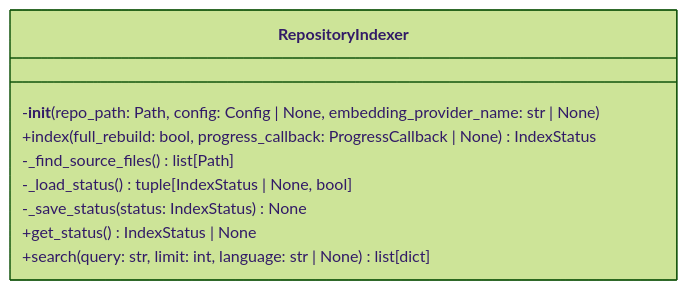
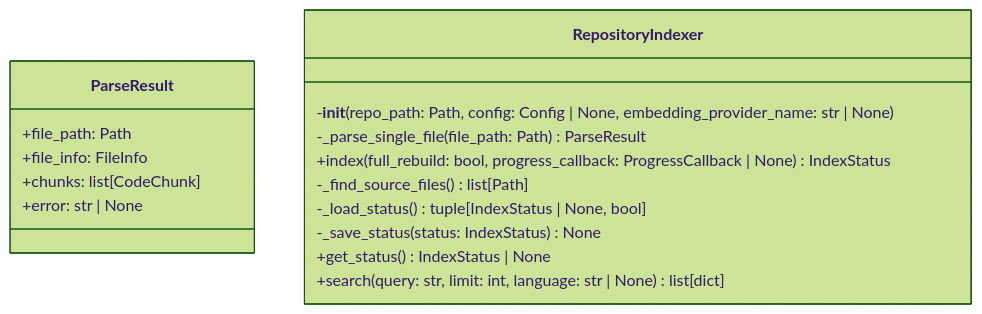
Before and after one commit to UrbanDiver/local-deepwiki-mcp: the first of 2 diagrams in .deepwiki/files/src/local_deepwiki/core/indexer.md, drawn with Mermaid (forest theme). The commit also changed other lines of this file and 41 other files, not shown here.

````diff
--- a/.deepwiki/files/src/local_deepwiki/core/indexer.md
+++ b/.deepwiki/files/src/local_deepwiki/core/indexer.md
@@ -403,12 +537,19 @@
 ```mermaid
 classDiagram
+    class ParseResult {
+        +file_path: Path
+        +file_info: FileInfo
+        +chunks: list[CodeChunk]
+        +error: str | None
+    }
     class RepositoryIndexer {
         -__init__(repo_path: Path, config: Config | None, embedding_provider_name: str | None)
+        -_parse_single_file(file_path: Path) ParseResult
         +index(full_rebuild: bool, progress_callback: ProgressCallback | None) IndexStatus
         -_find_source_files() list[Path]
         -_load_status() tuple[IndexStatus | None, bool]
         -_save_status(status: IndexStatus) None
         +get_status() IndexStatus | None
         +search(query: str, limit: int, language: str | None) list[dict]
     }
 ```
````
